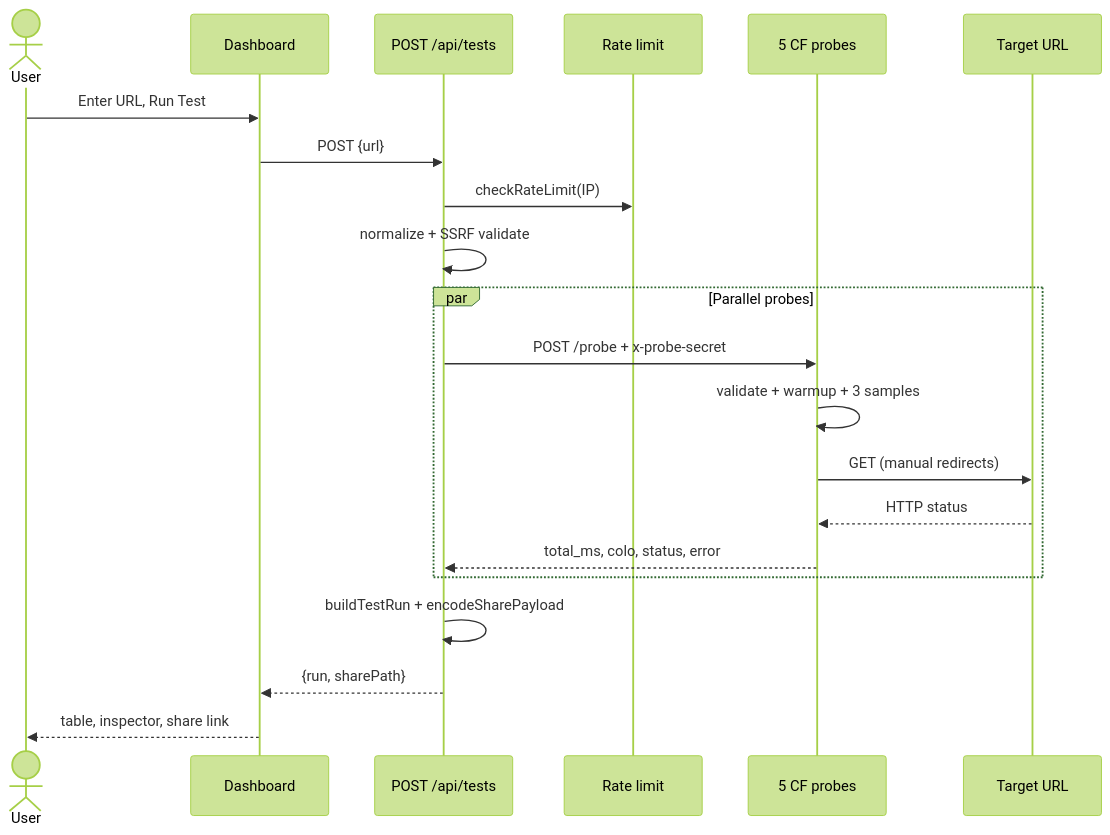
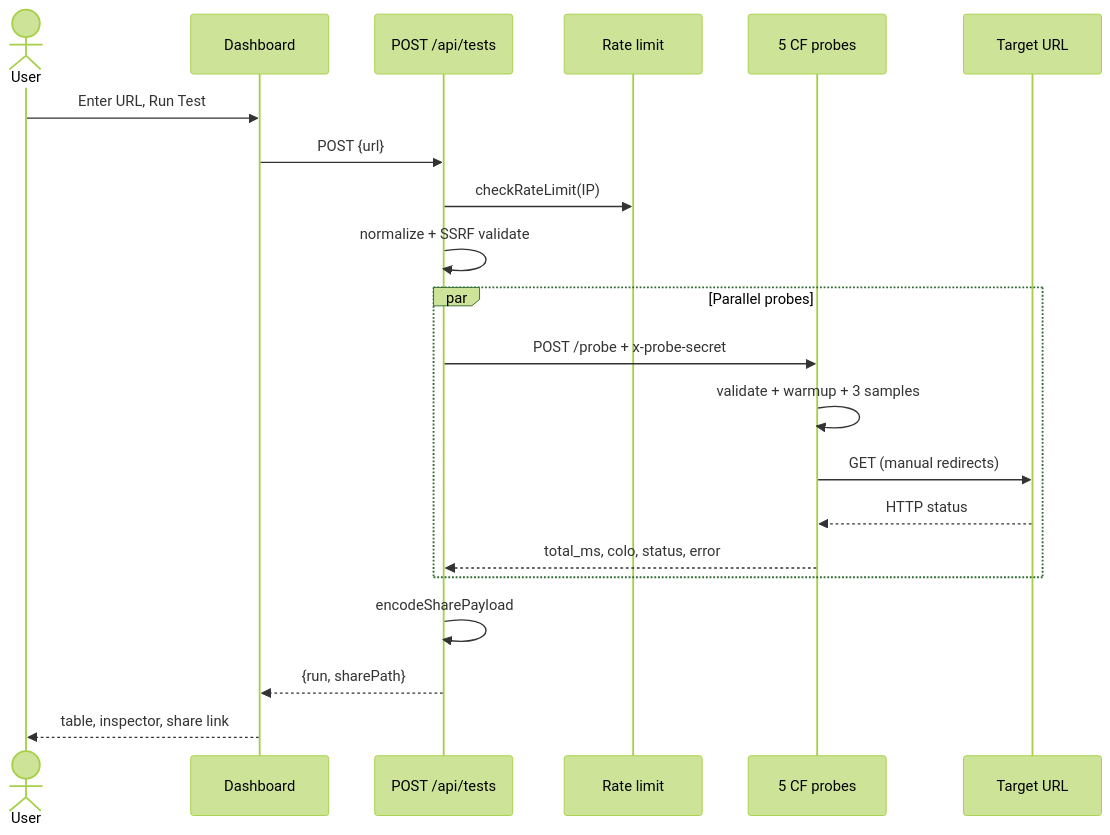
The second of 3 diagrams in docs/PROJECT_OVERVIEW.md (gargi0903/latencymap), drawn with Mermaid (forest theme) before and after one commit. The commit also changed other lines of this file and 10 other files, not shown here.

````diff
--- a/docs/PROJECT_OVERVIEW.md
+++ b/docs/PROJECT_OVERVIEW.md
@@ -136,24 +136,24 @@
 ```mermaid
 sequenceDiagram
   actor U as User
   participant UI as Dashboard
   participant API as POST /api/tests
   participant RL as Rate limit
   participant P as 5 CF probes
   participant T as Target URL
 
   U->>UI: Enter URL, Run Test
   UI->>API: POST {url}
   API->>RL: checkRateLimit(IP)
   API->>API: normalize + SSRF validate
   par Parallel probes
     API->>P: POST /probe + x-probe-secret
     P->>P: validate + warmup + 3 samples
     P->>T: GET (manual redirects)
     T-->>P: HTTP status
     P-->>API: total_ms, colo, status, error
   end
-  API->>API: buildTestRun + encodeSharePayload
+  API->>API: encodeSharePayload
   API-->>UI: {run, sharePath}
   UI-->>U: table, inspector, share link
 ```
````
